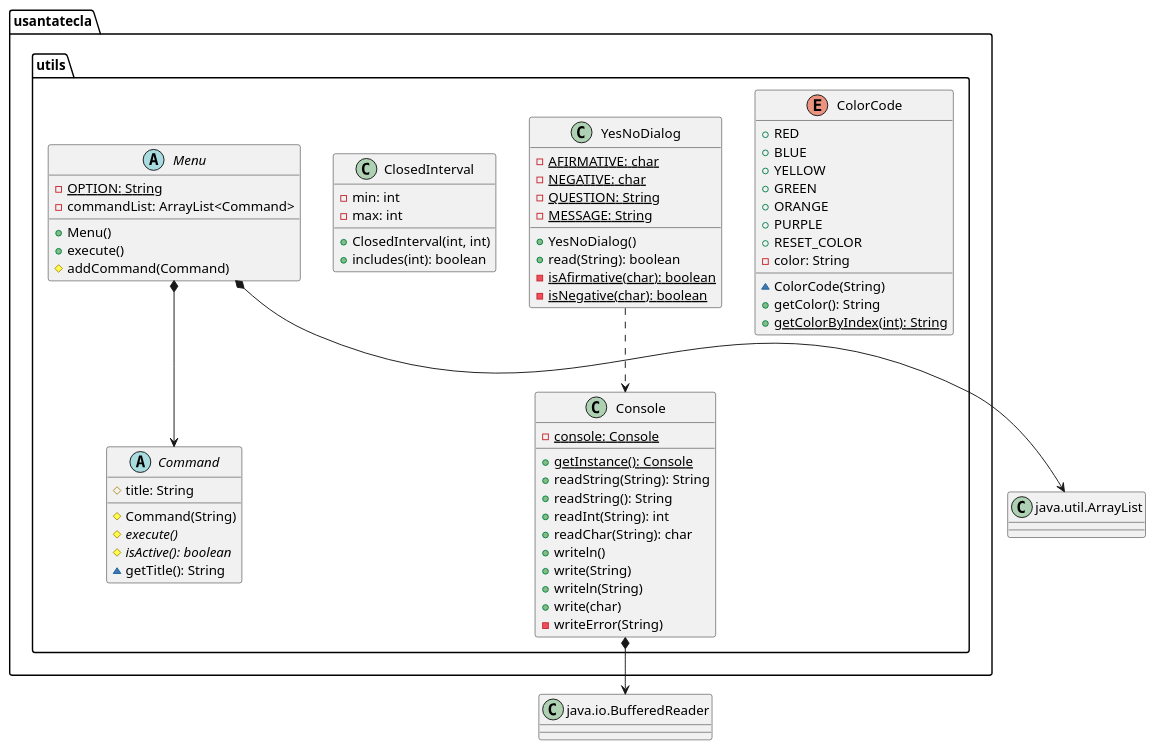
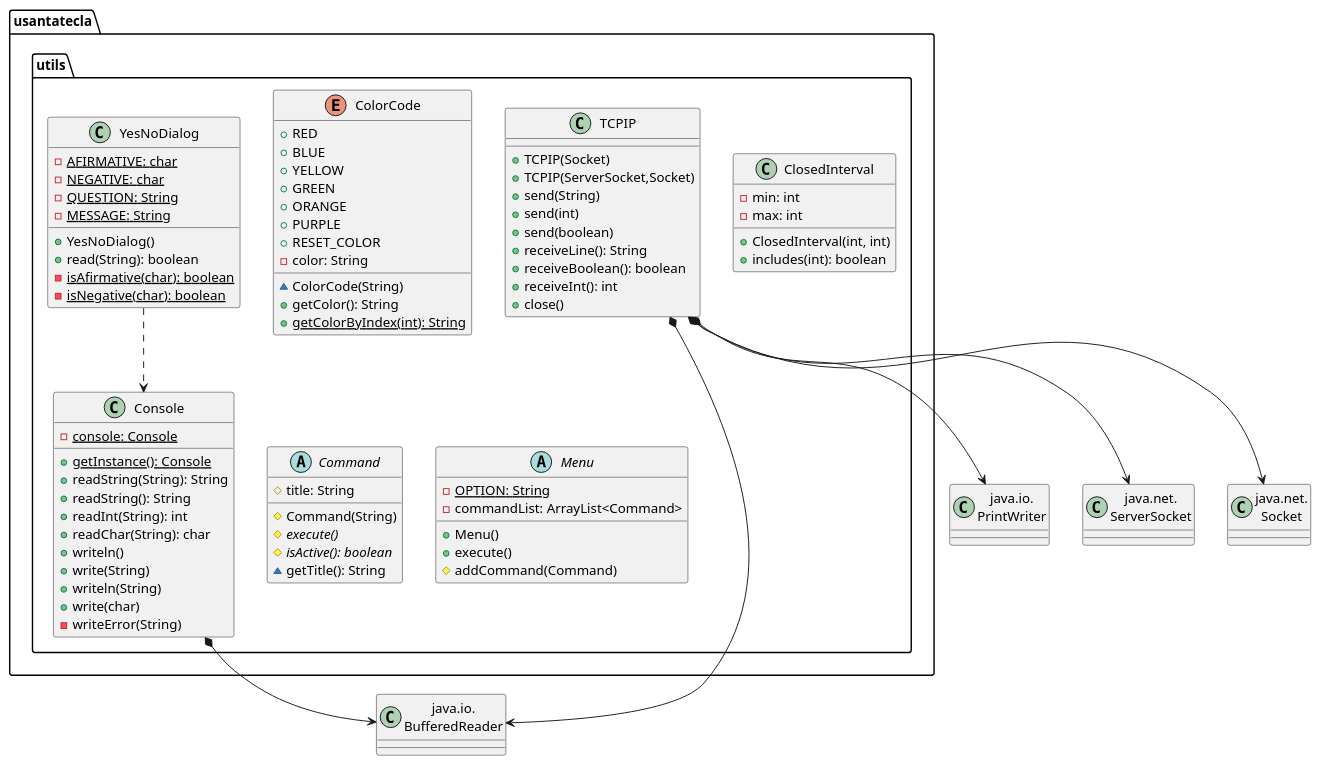
The eighth of 8 diagrams in modelViewPresenter/presentationModel/withoutProxy/docs/diagrams/src/paquetes.plantuml (SantaTecla-mastermind/solution.java.swing.socket.sql), drawn with PlantUML before and after one commit. The commit also changed other lines of this file and 14 other files, not shown here.

```diff
--- a/modelViewPresenter/presentationModel/withoutProxy/docs/diagrams/src/paquetes.plantuml
+++ b/modelViewPresenter/presentationModel/withoutProxy/docs/diagrams/src/paquetes.plantuml
@@ -492,70 +694,88 @@
 @startuml usantatecla.utils
-class BufferedReader as "java.io.BufferedReader"{}
-class ArrayList as "java.util.ArrayList"{}
+class BufferedReader as "java.io.\nBufferedReader"{}
+class PrintWritter as "java.io.\nPrintWriter" {}
+class ServerSocket as "java.net.\nServerSocket" {}
+class Socket as "java.net.\nSocket" {}
 
 enum usantatecla.utils.ColorCode{
     + RED
     + BLUE
     + YELLOW
     + GREEN
     + ORANGE
     + PURPLE
     + RESET_COLOR
     - color: String
     ~ ColorCode(String)
     + getColor(): String
     + {static} getColorByIndex(int): String
 }
 
 class usantatecla.utils.Console{
     - {static} console: Console
     + {static} getInstance(): Console
     + readString(String): String
     + readString(): String
     + readInt(String): int
     + readChar(String): char
     + writeln()
     + write(String)
     + writeln(String)
     + write(char)
     - writeError(String)
 }
 usantatecla.utils.Console *-down-> BufferedReader
 
 class  usantatecla.utils.YesNoDialog{
     - {static} AFIRMATIVE: char
     - {static} NEGATIVE: char
     - {static} QUESTION: String
     - {static} MESSAGE: String
     + YesNoDialog()
     + read(String): boolean
     - {static} isAfirmative(char): boolean
     - {static} isNegative(char): boolean
 }
 usantatecla.utils.YesNoDialog ..> usantatecla.utils.Console
 
 class  usantatecla.utils.ClosedInterval{
     - min: int
     - max: int
     + ClosedInterval(int, int)
     + includes(int): boolean
 }
 
 abstract  usantatecla.utils.Command{
     # title: String
     # Command(String)
     # {abstract} execute()
     # {abstract} isActive(): boolean
     ~ getTitle(): String
 }
 
 abstract  usantatecla.utils.Menu{
     - {static} OPTION: String
     - commandList: ArrayList<Command>
     + Menu()
     + execute()
     # addCommand(Command)
 }
-usantatecla.utils.Menu *-down-> ArrayList
-usantatecla.utils.Menu *-down-> usantatecla.utils.Command
+
+class usantatecla.utils.TCPIP{
+    + TCPIP(Socket)
+    + TCPIP(ServerSocket,Socket)
+    + send(String)
+    + send(int)
+    + send(boolean)
+    + receiveLine(): String
+    + receiveBoolean(): boolean
+    + receiveInt(): int
+    + close()
+}
+
+usantatecla.utils.TCPIP *-down-> BufferedReader
+usantatecla.utils.TCPIP *-down-> PrintWritter
+usantatecla.utils.TCPIP *-down-> ServerSocket
+usantatecla.utils.TCPIP *-down-> Socket
+
 @enduml
```
